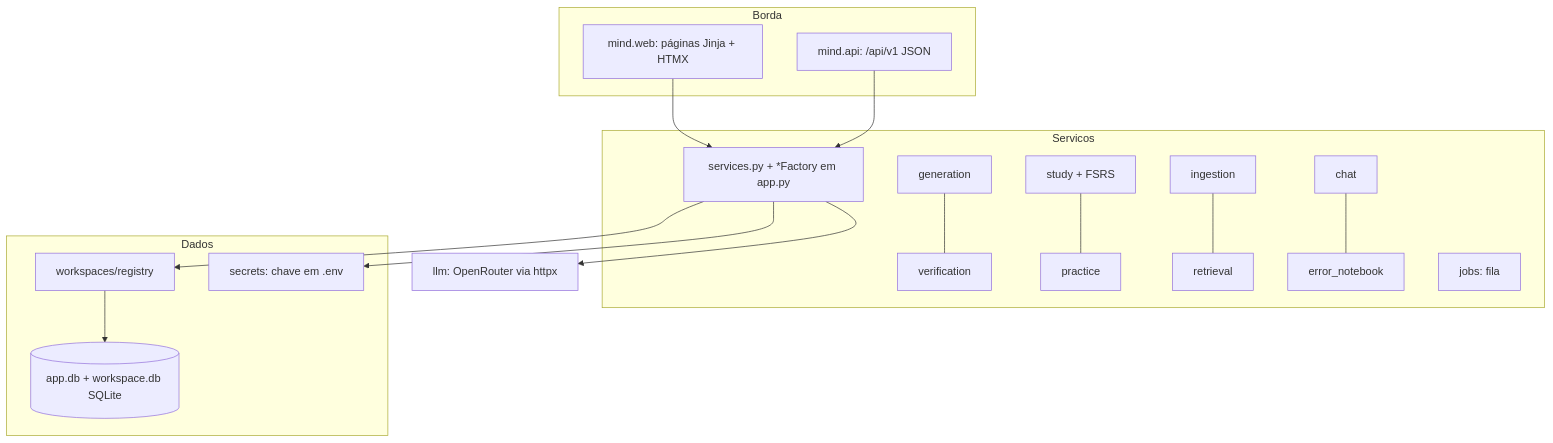
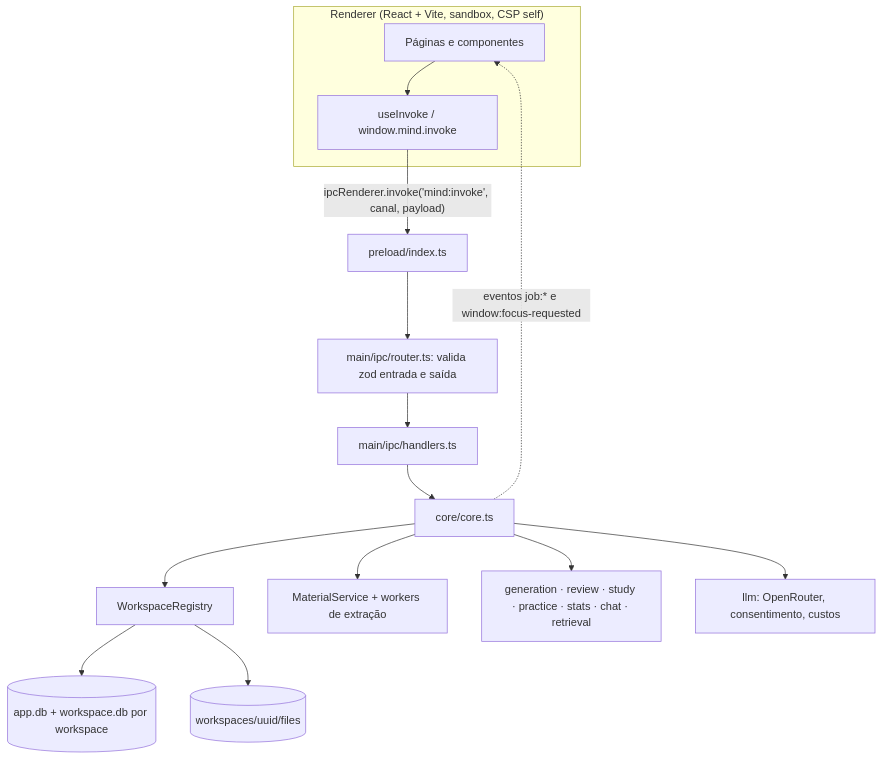
One commit to luk3rr/MIND changed the diagram in .aidlc/codekb/MIND/architecture.md. Above: the diagram before and after it, drawn with Mermaid. The commit also changed other lines of this file and 15 other files, not shown here.

Commit message:
docs(aidlc): plan study time and in-app PDF reader, refresh the code KB

````diff
--- a/.aidlc/codekb/MIND/architecture.md
+++ b/.aidlc/codekb/MIND/architecture.md
@@ -6,26 +5,17 @@
 ```mermaid
 flowchart TB
-  subgraph Borda
-    W[mind.web: páginas Jinja + HTMX]
-    A[mind.api: /api/v1 JSON]
+  subgraph Renderer["Renderer (React + Vite, sandbox, CSP self)"]
+    UI[Páginas e componentes] --> Hook[useInvoke / window.mind.invoke]
   end
-  subgraph Servicos
-    S[services.py + *Factory em app.py]
-    G[generation] --- V[verification]
-    ST[study + FSRS] --- P[practice]
-    I[ingestion] --- R[retrieval]
-    C[chat] --- E[error_notebook]
-    J[jobs: fila]
-  end
-  subgraph Dados
-    REG[workspaces/registry]
-    DB[(app.db + workspace.db SQLite)]
-    SEC[secrets: chave em .env]
-  end
-  L[llm: OpenRouter via httpx]
-  W --> S
-  A --> S
-  S --> REG --> DB
-  S --> L
-  S --> SEC
+  Hook -->|"ipcRenderer.invoke('mind:invoke', canal, payload)"| Pre[preload/index.ts]
+  Pre --> Rt[main/ipc/router.ts: valida zod entrada e saída]
+  Rt --> H[main/ipc/handlers.ts]
+  H --> Core[core/core.ts]
+  Core --> Reg[WorkspaceRegistry]
+  Core --> Ing[MaterialService + workers de extração]
+  Core --> Svc[generation · review · study · practice · stats · chat · retrieval]
+  Core --> LLM[llm: OpenRouter, consentimento, custos]
+  Reg --> DB[(app.db + workspace.db por workspace)]
+  Reg --> FS[(workspaces/uuid/files)]
+  Core -. eventos job:* e window:focus-requested .-> UI
 ```
````
